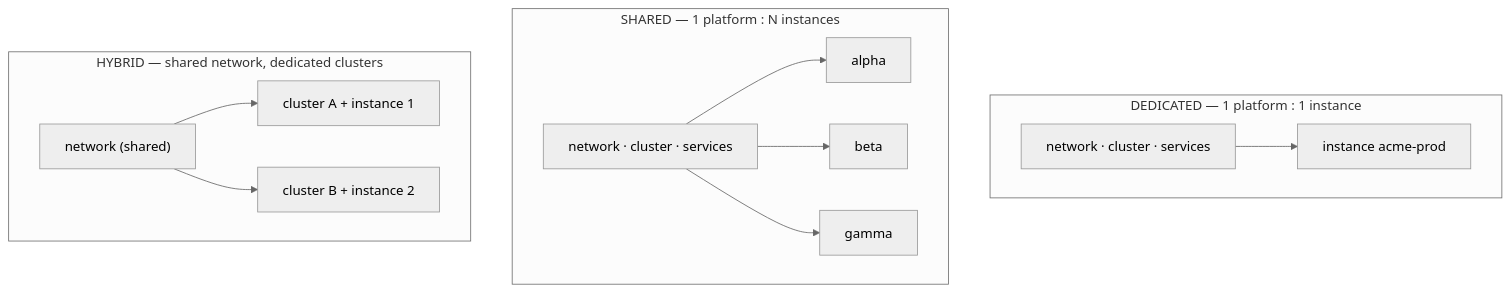
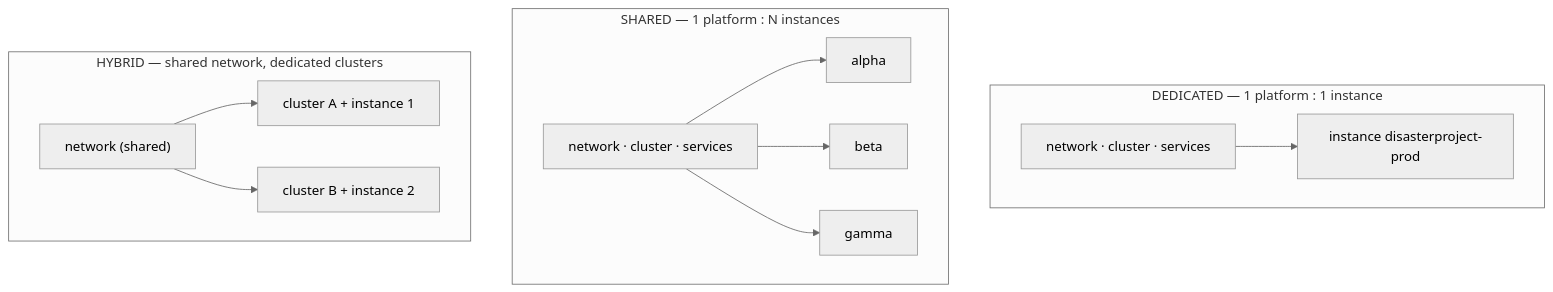
The ninth of 11 diagrams in docs/terramate-outputs-sharing-architecture.md (aescanero/proposal_documents), drawn with Mermaid (neutral theme) before and after one commit. The commit also changed other lines of this file and 21 other files, not shown here.

First line of the commit message:
Rename example organisation: acme.com -> disasterproject.com, acme -> disasterproject

````diff
--- a/docs/terramate-outputs-sharing-architecture.md
+++ b/docs/terramate-outputs-sharing-architecture.md
@@ -2609,15 +2609,15 @@
 ```mermaid
 flowchart TD
     subgraph DED["DEDICATED — 1 platform : 1 instance"]
-        D1["network · cluster · services"] --> D2["instance acme-prod"]
+        D1["network · cluster · services"] --> D2["instance disasterproject-prod"]
     end
     subgraph SHR["SHARED — 1 platform : N instances"]
         S1["network · cluster · services"] --> S2["alpha"]
         S1 --> S3["beta"]
         S1 --> S4["gamma"]
     end
     subgraph HYB["HYBRID — shared network, dedicated clusters"]
         H1["network (shared)"] --> H2["cluster A + instance 1"]
         H1 --> H3["cluster B + instance 2"]
     end
 ```
````
